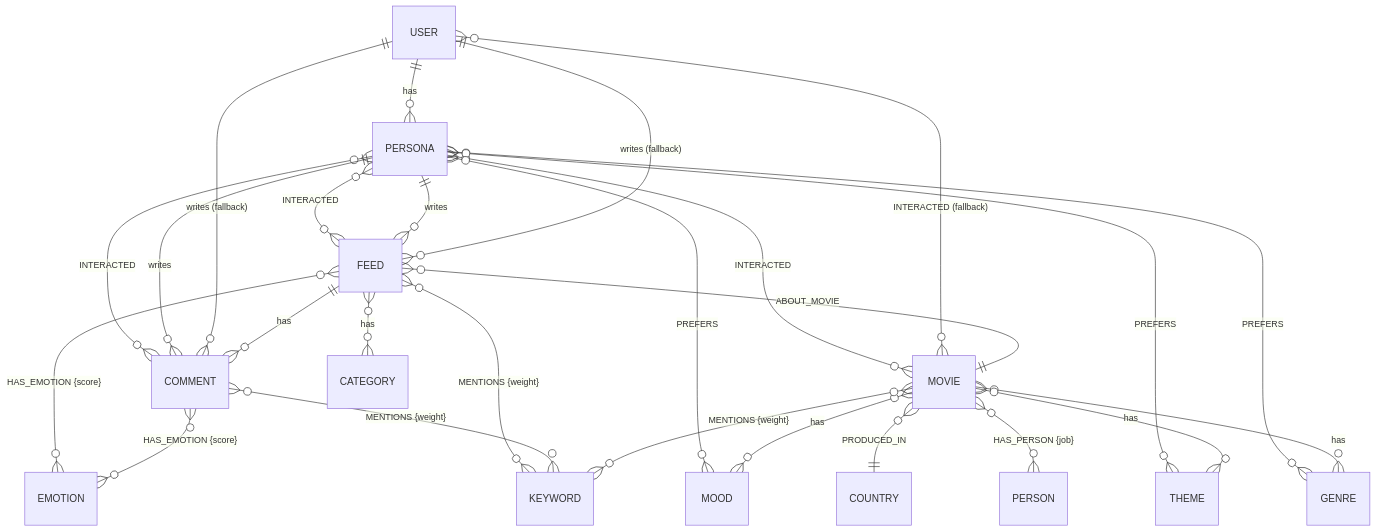
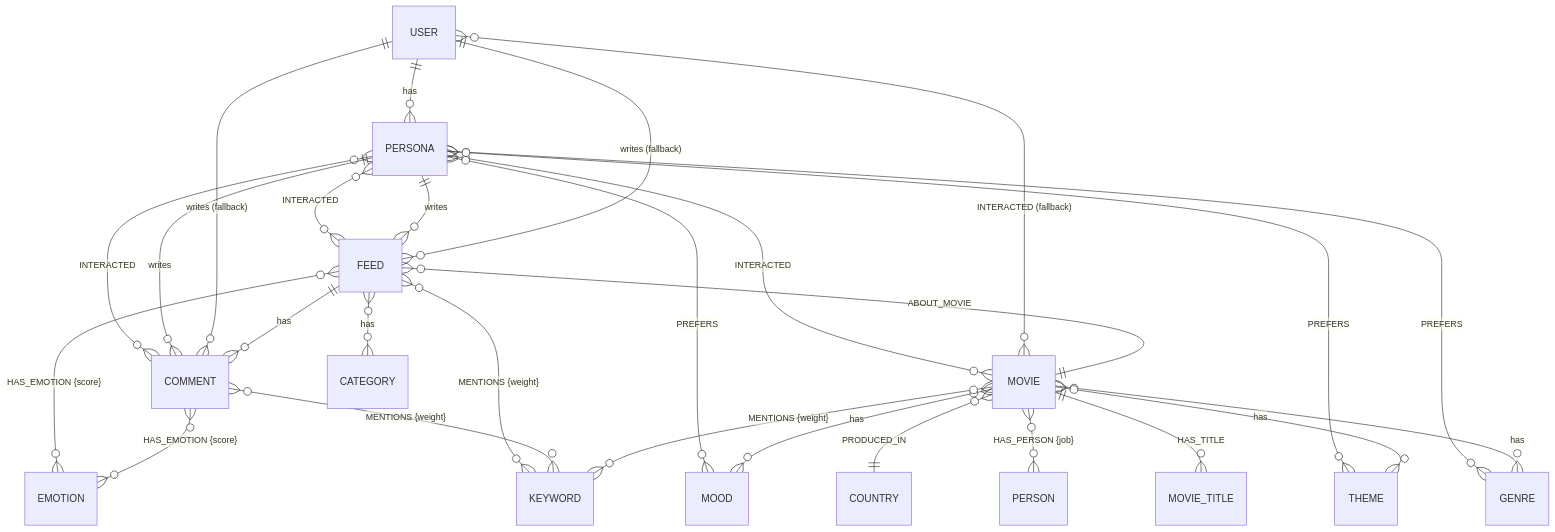
The third of 3 diagrams in docs/neo4j_schema.md (kakao4-KAKAMU/KAKAMU_DE), drawn with Mermaid before and after one commit. The commit also changed other lines of this file and 1 other file, not shown here.

First line of the commit message:
docs: document MovieTitle schema and chat Cypher examples

````diff
--- a/docs/neo4j_schema.md
+++ b/docs/neo4j_schema.md
@@ -175,28 +186,29 @@
 ```mermaid
 erDiagram
     USER ||--o{ PERSONA       : has
     PERSONA }o--o{ MOVIE       : "INTERACTED"
     PERSONA }o--o{ FEED        : "INTERACTED"
     PERSONA }o--o{ COMMENT     : "INTERACTED"
     PERSONA }o--o{ GENRE       : "PREFERS"
     PERSONA }o--o{ THEME       : "PREFERS"
     PERSONA }o--o{ MOOD        : "PREFERS"
     PERSONA ||--o{ FEED        : writes
     PERSONA ||--o{ COMMENT     : writes
     USER ||--o{ FEED         : "writes (fallback)"
     USER ||--o{ COMMENT      : "writes (fallback)"
     USER }o--o{ MOVIE        : "INTERACTED (fallback)"
     FEED ||--o{ COMMENT      : has
     FEED }o--|| MOVIE        : "ABOUT_MOVIE"
     FEED }o--o{ CATEGORY     : has
     FEED }o--o{ EMOTION      : "HAS_EMOTION {score}"
     FEED }o--o{ KEYWORD      : "MENTIONS {weight}"
     COMMENT }o--o{ EMOTION   : "HAS_EMOTION {score}"
     COMMENT }o--o{ KEYWORD   : "MENTIONS {weight}"
     MOVIE }o--o{ GENRE       : has
+    MOVIE ||--o{ MOVIE_TITLE : "HAS_TITLE"
     MOVIE }o--o{ THEME       : has
     MOVIE }o--o{ MOOD        : has
     MOVIE }o--o{ KEYWORD     : "MENTIONS {weight}"
     MOVIE }o--o{ PERSON      : "HAS_PERSON {job}"
     MOVIE }o--|| COUNTRY     : "PRODUCED_IN"
 ```
````
